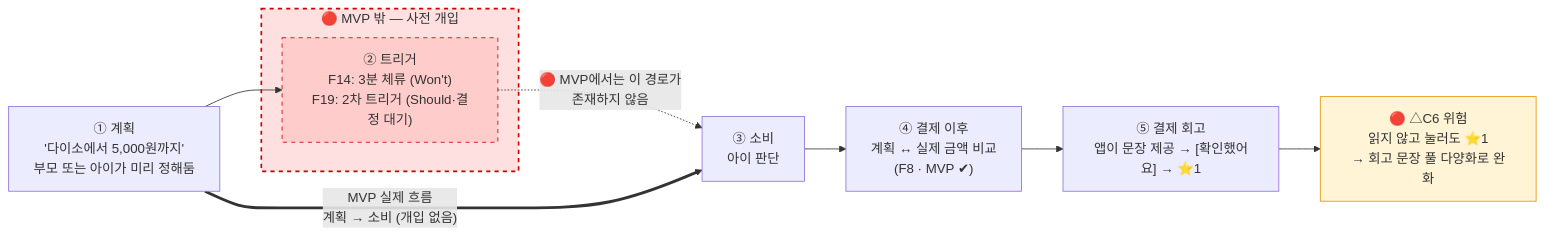
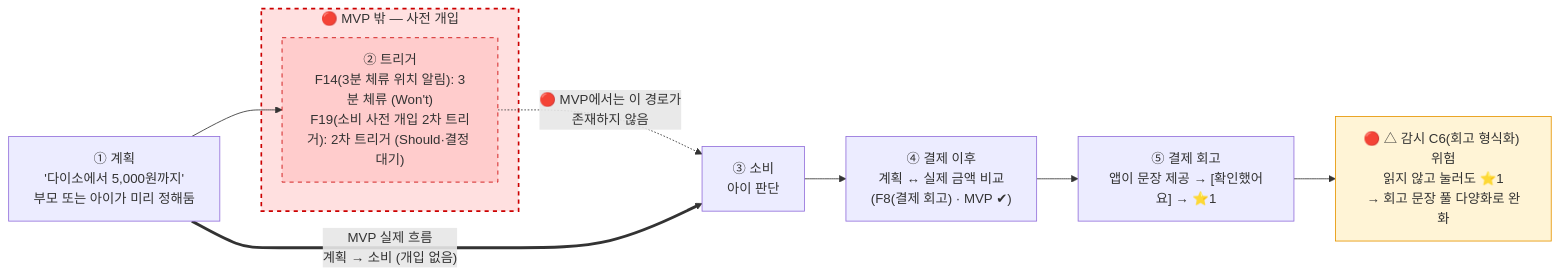
One commit to scene-one/team1_fin-friends changed the fifth of 5 diagrams in 공용공간/9. PRD/PRD_핀프렌즈_v0_2.md. Above: the diagram before and after it, drawn with Mermaid. The commit also changed other lines of this file, not shown here.

````diff
--- a/공용공간/9. PRD/PRD_핀프렌즈_v0_2.md
+++ b/공용공간/9. PRD/PRD_핀프렌즈_v0_2.md
@@ -836,19 +910,19 @@
 ```mermaid
 flowchart LR
     S1["① 계획<br/>'다이소에서 5,000원까지'<br/>부모 또는 아이가 미리 정해둠"] --> S2
 
     subgraph GAP["🔴 MVP 밖 — 사전 개입"]
-        S2["② 트리거<br/>F14: 3분 체류 (Won't)<br/>F19: 2차 트리거 (Should·결정 대기)"]
+        S2["② 트리거<br/>F14(3분 체류 위치 알림): 3분 체류 (Won't)<br/>F19(소비 사전 개입 2차 트리거): 2차 트리거 (Should·결정 대기)"]
     end
 
     S2 -.->|"🔴 MVP에서는 이 경로가<br/>존재하지 않음"| S3
     S1 ==>|"MVP 실제 흐름<br/>계획 → 소비 (개입 없음)"| S3
 
-    S3["③ 소비<br/>아이 판단"] --> S4["④ 결제 이후<br/>계획 ↔ 실제 금액 비교<br/>(F8 · MVP ✔)"]
+    S3["③ 소비<br/>아이 판단"] --> S4["④ 결제 이후<br/>계획 ↔ 실제 금액 비교<br/>(F8(결제 회고) · MVP ✔)"]
     S4 --> S5["⑤ 결제 회고<br/>앱이 문장 제공 → [확인했어요] → ⭐1"]
-    S5 --> RISK["🔴 △C6 위험<br/>읽지 않고 눌러도 ⭐1<br/>→ 회고 문장 풀 다양화로 완화"]
+    S5 --> RISK["🔴 △ 감시 C6(회고 형식화) 위험<br/>읽지 않고 눌러도 ⭐1<br/>→ 회고 문장 풀 다양화로 완화"]
 
     style GAP fill:#ffe0e0,stroke:#c00,stroke-width:2px,stroke-dasharray: 5 5
     style S2 fill:#ffcccc,stroke:#c00,stroke-dasharray: 5 5
     style RISK fill:#fff4d6,stroke:#e69500
 ```
````
